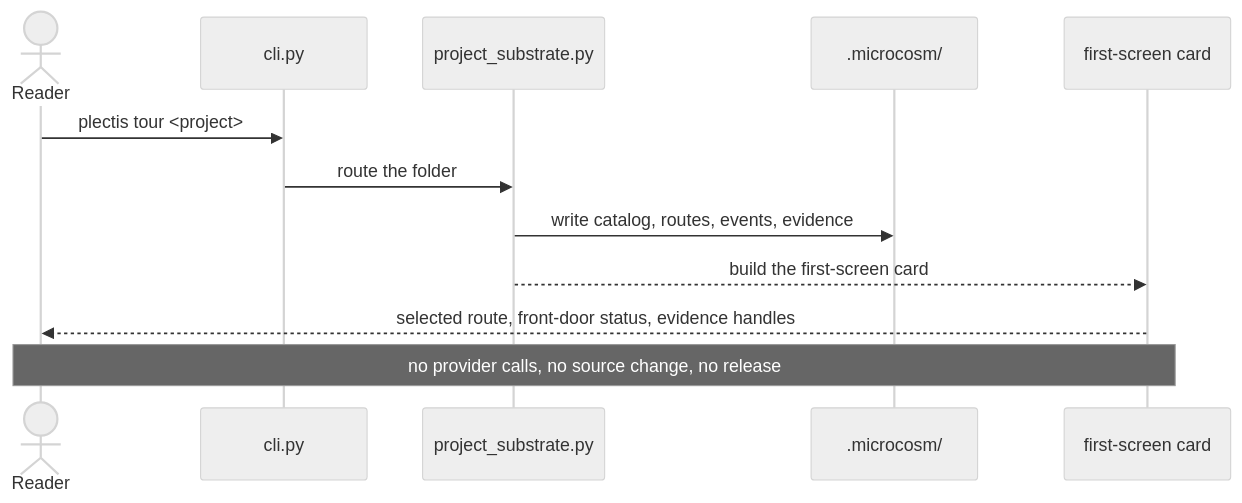
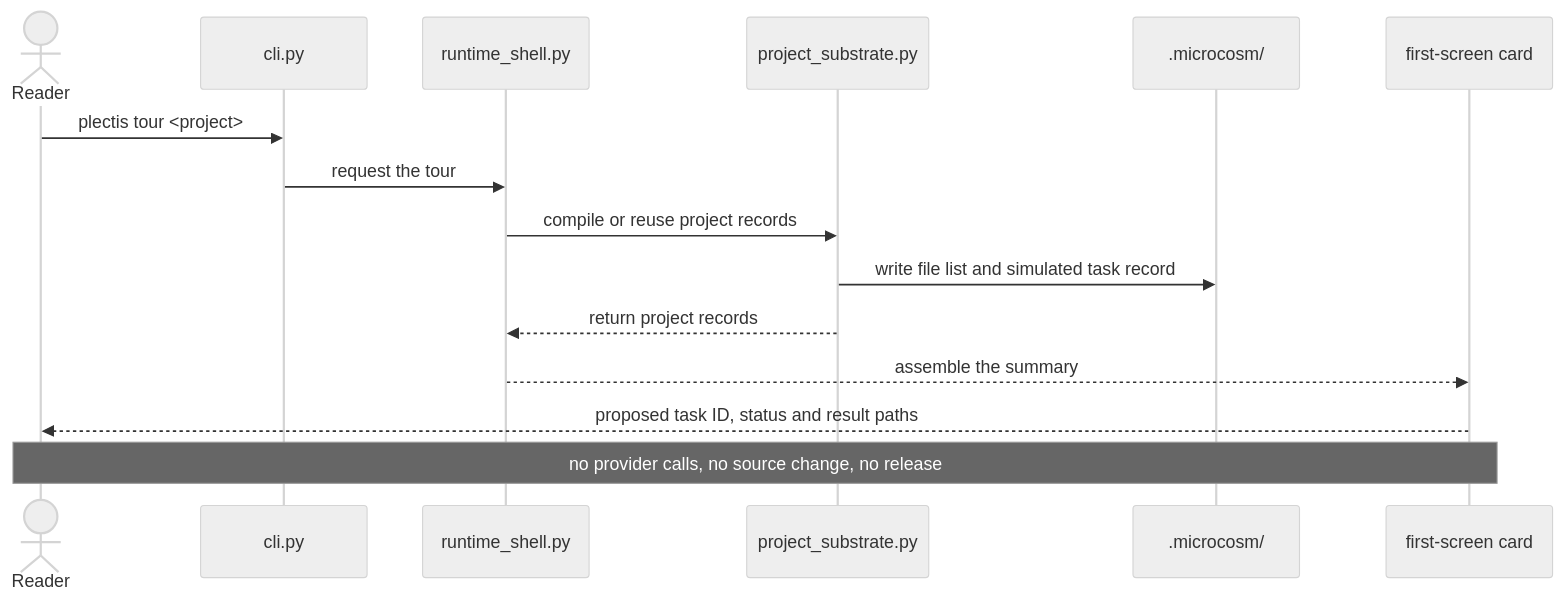
Before and after one commit to wcook04/plectis: the second of 7 diagrams in ARCHITECTURE.md, drawn with Mermaid (neutral theme). The commit also changed other lines of this file and 12 other files, not shown here.

````diff
--- a/ARCHITECTURE.md
+++ b/ARCHITECTURE.md
@@ -65,14 +64,17 @@
 ```mermaid
 sequenceDiagram
   actor Reader
   participant CLI as cli.py
-  participant Spine as project_substrate.py
+  participant Runtime as runtime_shell.py
+  participant Project as project_substrate.py
   participant State as .microcosm/
   participant Card as first-screen card
   Reader->>CLI: plectis tour <project>
-  CLI->>Spine: route the folder
-  Spine->>State: write catalog, routes, events, evidence
-  Spine-->>Card: build the first-screen card
-  Card-->>Reader: selected route, front-door status, evidence handles
+  CLI->>Runtime: request the tour
+  Runtime->>Project: compile or reuse project records
+  Project->>State: write file list and simulated task record
+  Project-->>Runtime: return project records
+  Runtime-->>Card: assemble the summary
+  Card-->>Reader: proposed task ID, status and result paths
   Note over Reader,Card: no provider calls, no source change, no release
 ```
````
